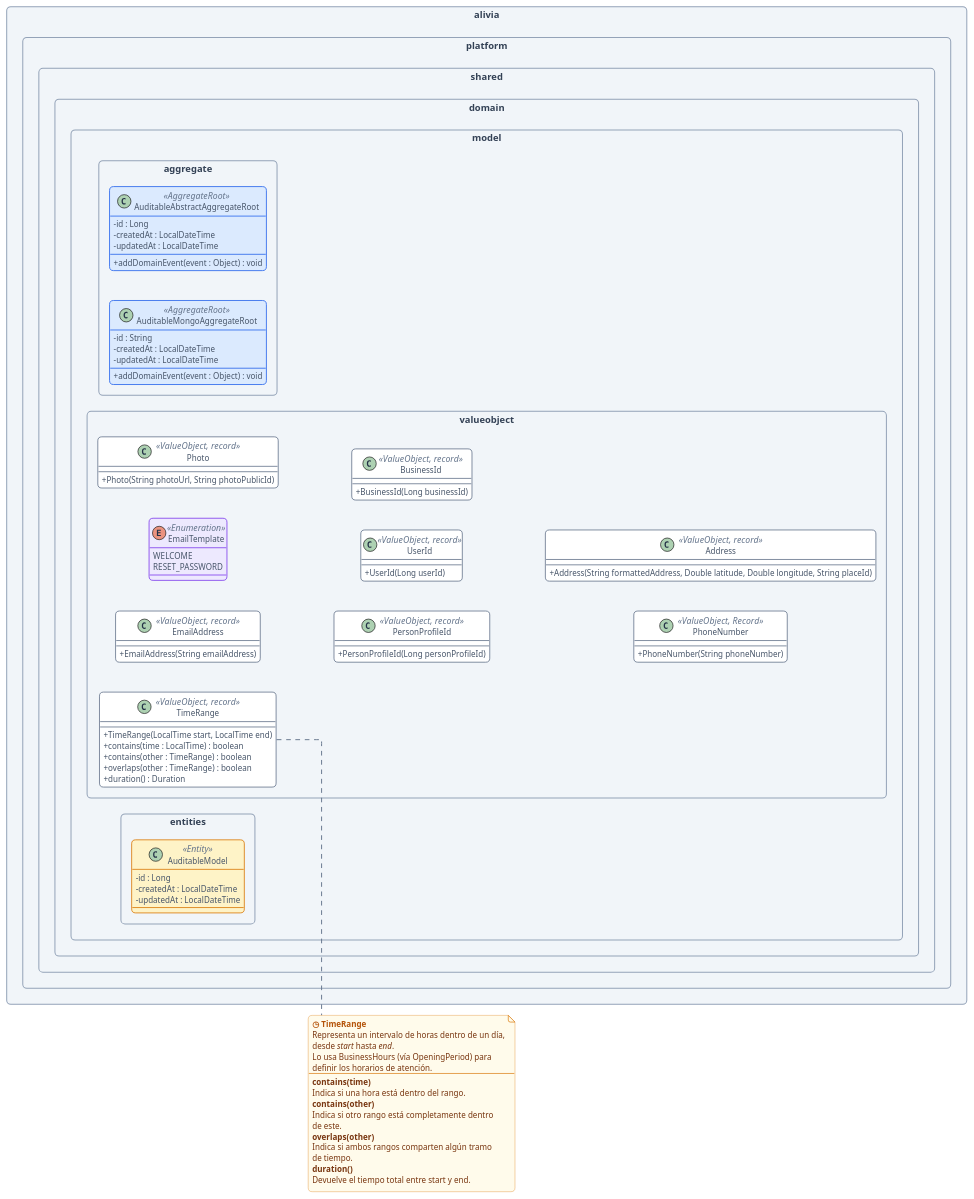
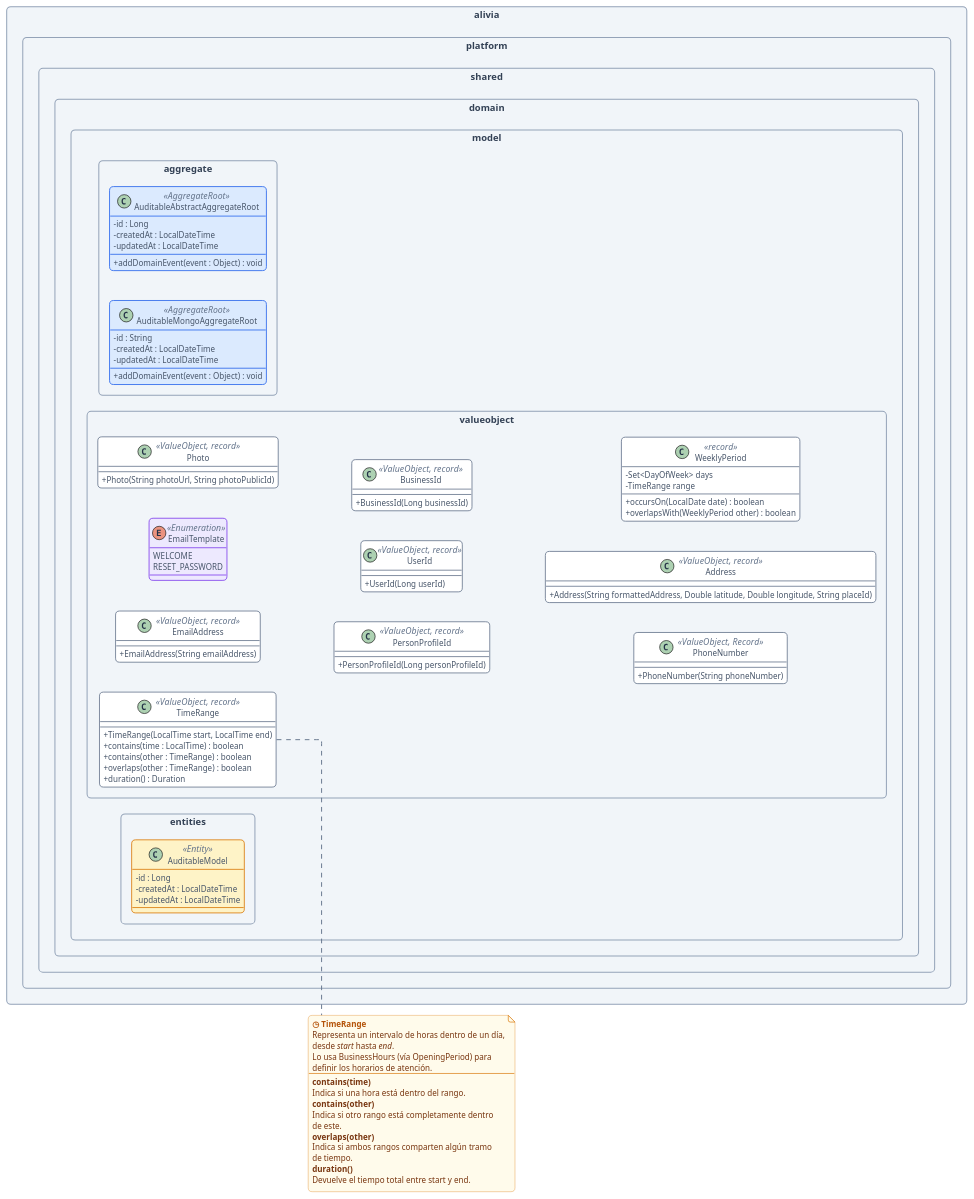
Before and after one commit to resolum/aliva-documentation: the diagram in images/diagrams/code/shared/shared-backend-diagram.puml, drawn with PlantUML. The commit also changed 1 other file, not shown here.

Commit message:
feat(domain-diagrams): enhance Assistance domain model with detailed business rules, new entities, and exception classes

```diff
--- a/images/diagrams/code/shared/shared-backend-diagram.puml
+++ b/images/diagrams/code/shared/shared-backend-diagram.puml
@@ -2,164 +2,171 @@
 @startuml
 
 ' ==============================
 ' CONFIGURACIÓN GENERAL
 ' ==============================
 left to right direction
 skinparam shadowing false
 skinparam roundcorner 12
 skinparam classAttributeIconSize 0
 skinparam packageStyle rectangle
 skinparam linetype ortho
 skinparam nodesep 45
 skinparam ranksep 45
 skinparam defaultFontName "Segoe UI"
 skinparam defaultFontSize 13
 skinparam defaultFontColor #243247
 skinparam ArrowColor #64748B
 skinparam ArrowThickness 1.4
 
 ' ==============================
 ' COLORES DE PAQUETES
 ' ==============================
 skinparam package {
   BackgroundColor #F1F5F9
   BorderColor #94A3B8
   FontColor #334155
   FontStyle bold
   FontSize 14
 }
 
 ' ==============================
 ' ESTILO DE CLASES
 ' ==============================
 skinparam class {
   BackgroundColor #FFFFFF
   BorderColor #64748B
   FontColor #243247
   AttributeFontColor #475569
   AttributeFontSize 12
   StereotypeFontColor #64748B
   BorderThickness 1.2
 }
 
 ' Agregados: azul
 skinparam classBackgroundColor<<AggregateRoot>> #DBEAFE
 skinparam classBorderColor<<AggregateRoot>> #2563EB
 
 ' Objetos de valor: verde azulado
 skinparam classBackgroundColor<<ValueObject>> #CCFBF1
 skinparam classBorderColor<<ValueObject>> #0F766E
 
 ' Enumeraciones: violeta
 skinparam classBackgroundColor<<Enumeration>> #EDE9FE
 skinparam classBorderColor<<Enumeration>> #7C3AED
 
 ' Entidades: ámbar
 skinparam classBackgroundColor<<Entity>> #FEF3C7
 skinparam classBorderColor<<Entity>> #D97706
 
 ' ==============================
 ' NOTAS
 ' ==============================
 skinparam note {
   BackgroundColor #FFFBEB
   BorderColor #D97706
   FontColor #78350F
   FontSize 12
 }
 
 package alivia.platform.shared {
 
   package domain.model.aggregate {
 
     class AuditableAbstractAggregateRoot <<AggregateRoot>> {
       - id : Long
       - createdAt : LocalDateTime
       - updatedAt : LocalDateTime
       + addDomainEvent(event : Object) : void
     }
 
     class AuditableMongoAggregateRoot <<AggregateRoot>> {
       - id : String
       - createdAt : LocalDateTime
       - updatedAt : LocalDateTime
       + addDomainEvent(event : Object) : void
     }
   }
 
   package domain.model.valueobject {
 
     class EmailAddress <<ValueObject, record>> {
       + EmailAddress(String emailAddress)
     }
 
     enum EmailTemplate <<Enumeration>> {
       WELCOME
       RESET_PASSWORD
     }
 
     class Photo <<ValueObject, record>> {
       + Photo(String photoUrl, String photoPublicId)
     }
 
     class PersonProfileId <<ValueObject, record>> {
       + PersonProfileId(Long personProfileId)
     }
 
     class UserId <<ValueObject, record>> {
       + UserId(Long userId)
     }
 
     class BusinessId <<ValueObject, record>> {
       + BusinessId(Long businessId)
     }
 
     class TimeRange <<ValueObject, record>> {
       + TimeRange(LocalTime start, LocalTime end)
       + contains(time : LocalTime) : boolean
       + contains(other : TimeRange) : boolean
       + overlaps(other : TimeRange) : boolean
       + duration() : Duration
     }
 
     class PhoneNumber <<ValueObject, Record>> {
       + PhoneNumber(String phoneNumber)
     }
 
     class Address <<ValueObject, record>> {
       + Address(String formattedAddress, Double latitude, Double longitude, String placeId)
     }
+
+    class WeeklyPeriod <<record>> {
+      - Set<DayOfWeek> days
+      - TimeRange range
+      + occursOn(LocalDate date) : boolean
+      + overlapsWith(WeeklyPeriod other) : boolean
+    }
   }
 
   package domain.model.entities {
 
     class AuditableModel <<Entity>> {
       - id : Long
       - createdAt : LocalDateTime
       - updatedAt : LocalDateTime
     }
   }
 }
 
 note as N_TimeRange
   <b><color:#B45309>◷ TimeRange</color></b>
   Representa un intervalo de horas dentro de un día,
   desde <i>start</i> hasta <i>end</i>.
   Lo usa BusinessHours (vía OpeningPeriod) para
   definir los horarios de atención.
   --
   <b>contains(time)</b>
   Indica si una hora está dentro del rango.
   <b>contains(other)</b>
   Indica si otro rango está completamente dentro
   de este.
   <b>overlaps(other)</b>
   Indica si ambos rangos comparten algún tramo
   de tiempo.
   <b>duration()</b>
   Devuelve el tiempo total entre start y end.
 end note
 
 TimeRange .. N_TimeRange
 
 @enduml
```
